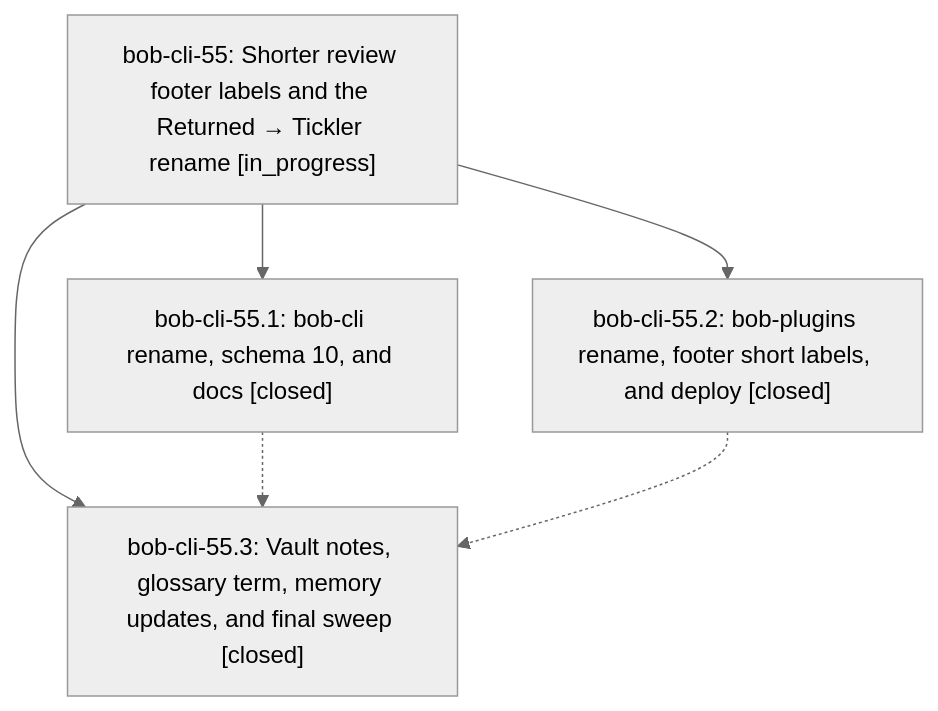
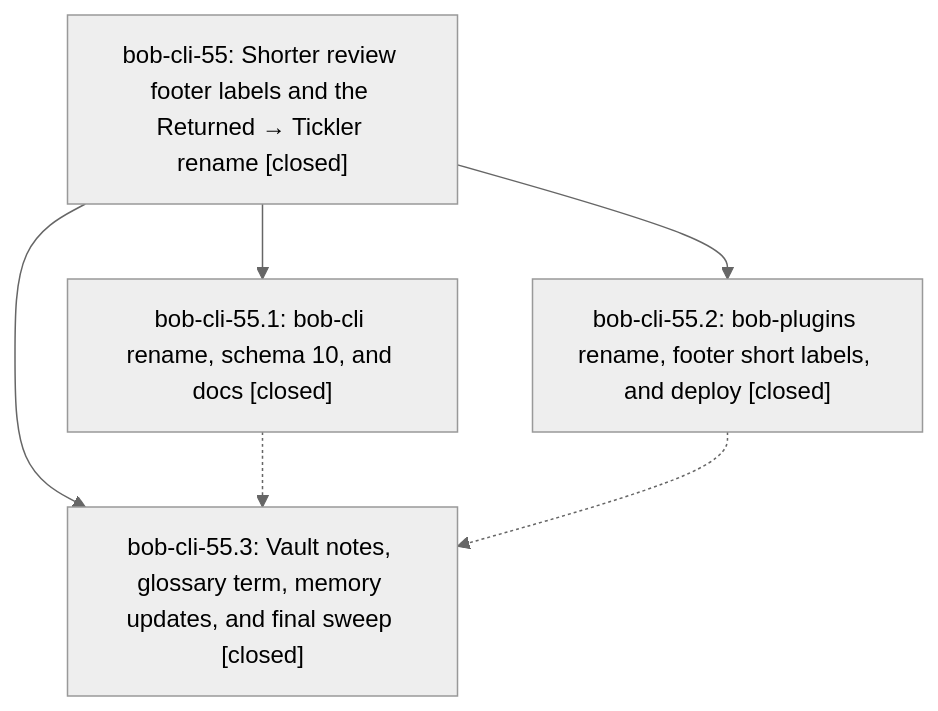
One commit to bobs-org/bob-cli--beads changed the diagram in pages/bob-cli-55/README.md. Above: the diagram before and after it, drawn with Mermaid (neutral theme). The commit also changed other lines of this file, not shown here.

First line of the commit message:
chore(beads): sync bead state and pages for bob-cli-55

````diff
--- a/pages/bob-cli-55/README.md
+++ b/pages/bob-cli-55/README.md
@@ -24,12 +28,12 @@
 ```mermaid
 flowchart TD
-    n0["bob-cli-55: Shorter review footer labels and the Returned → Tickler rename [in_progress]"]
+    n0["bob-cli-55: Shorter review footer labels and the Returned → Tickler rename [closed]"]
     n1["bob-cli-55.1: bob-cli rename, schema 10, and docs [closed]"]
     n2["bob-cli-55.2: bob-plugins rename, footer short labels, and deploy [closed]"]
     n3["bob-cli-55.3: Vault notes, glossary term, memory updates, and final sweep [closed]"]
     n0 --> n1
     n0 --> n2
     n0 --> n3
     n1 -.-> n3
     n2 -.-> n3
 ```
````
